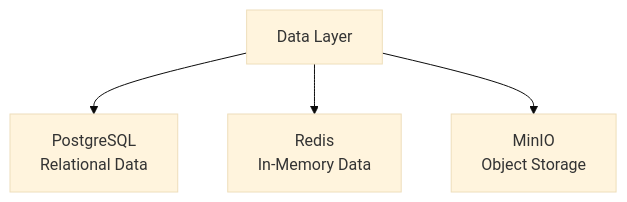
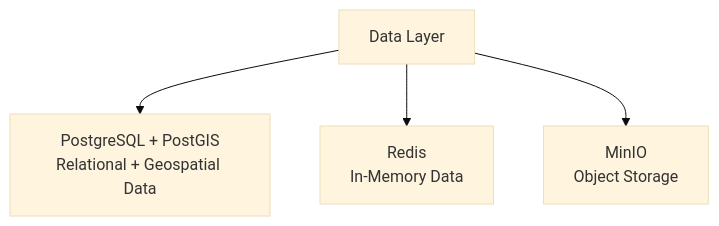
The second of 5 diagrams in docs/database/tech-stack.md (Danh20100/moibile_app), drawn with Mermaid (base theme) before and after one commit. The commit also changed other lines of this file and 5 other files, not shown here.

````diff
--- a/docs/database/tech-stack.md
+++ b/docs/database/tech-stack.md
@@ -44,12 +45,12 @@
 ```mermaid
 flowchart TB
     DATA["Data Layer"]
 
-    PG["PostgreSQL<br/>Relational Data"]
+    PG["PostgreSQL + PostGIS<br/>Relational + Geospatial Data"]
     REDIS["Redis<br/>In-Memory Data"]
     MINIO["MinIO<br/>Object Storage"]
 
     DATA --> PG
     DATA --> REDIS
     DATA --> MINIO
 ```
````
